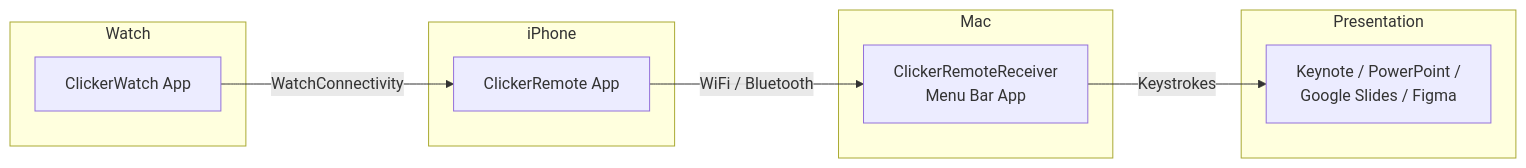
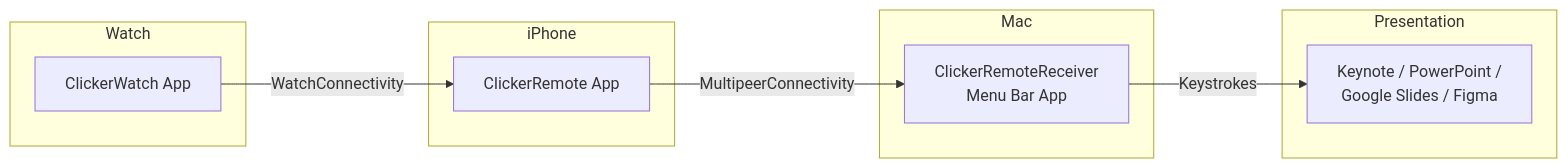
Before and after one commit to douinc/clicker: the first of 2 diagrams in README.md, drawn with Mermaid. The commit also changed other lines of this file and 9 other files, not shown here.

````diff
--- a/README.md
+++ b/README.md
@@ -90,19 +90,19 @@
 ```mermaid
 graph LR
     subgraph Watch
         W[ClickerWatch App]
     end
     subgraph iPhone
         A[ClickerRemote App]
     end
     subgraph Mac
         B[ClickerRemoteReceiver<br/>Menu Bar App]
     end
     subgraph Presentation
         C[Keynote / PowerPoint /<br/>Google Slides / Figma]
     end
 
     W -->|WatchConnectivity| A
-    A -->|WiFi / Bluetooth| B
+    A -->|MultipeerConnectivity| B
     B -->|Keystrokes| C
 ```
````
